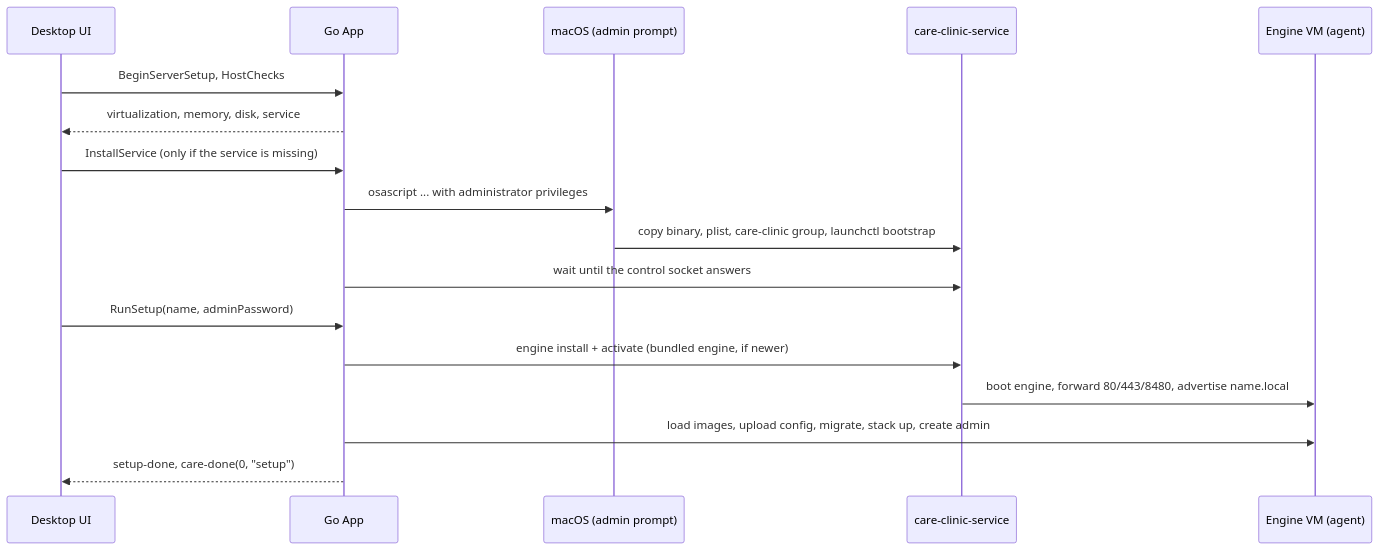
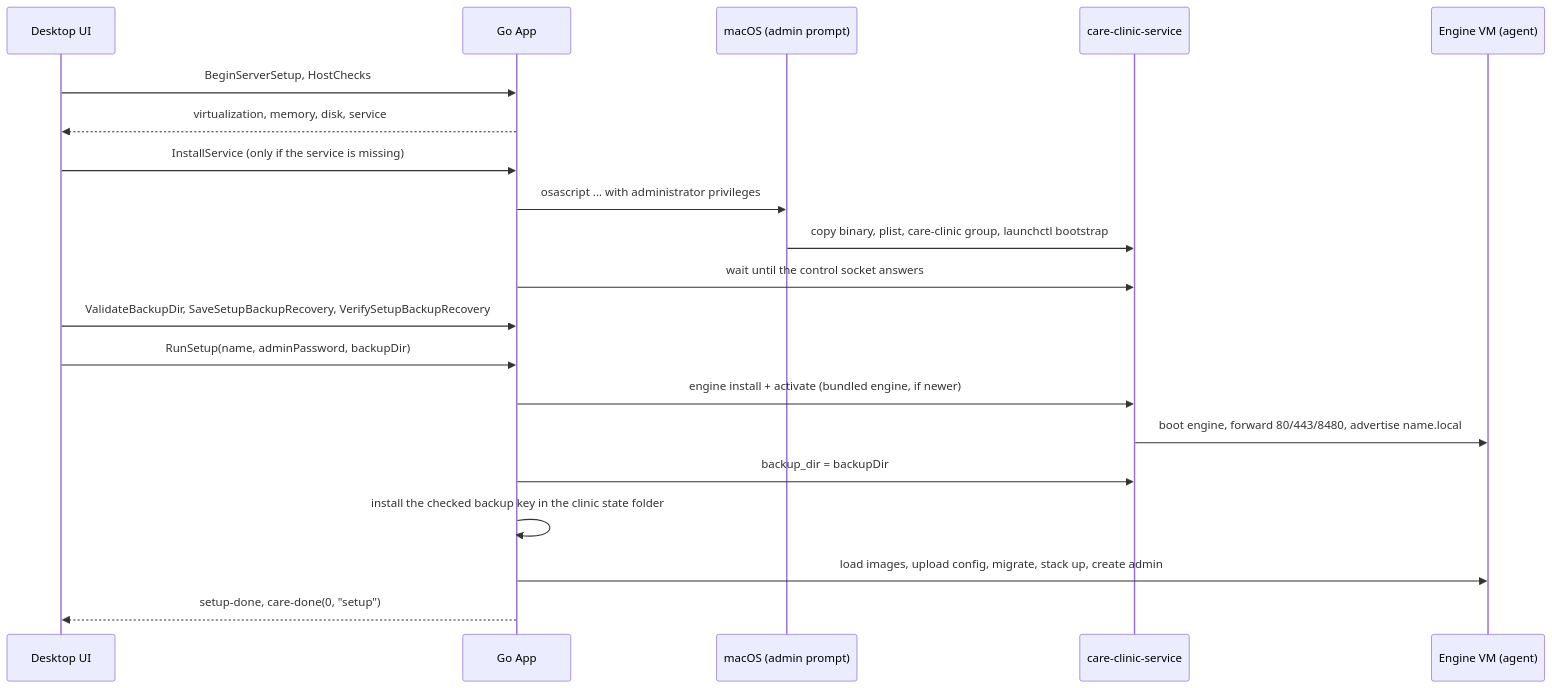
The diagram in docs/onboarding.md (praffq/care_clinic), drawn with Mermaid before and after one commit. The commit also changed other lines of this file and 20 other files, not shown here.

````diff
--- a/docs/onboarding.md
+++ b/docs/onboarding.md
@@ -15,19 +16,22 @@
 ```mermaid
 sequenceDiagram
     participant UI as Desktop UI
     participant App as Go App
     participant OS as macOS (admin prompt)
     participant Svc as care-clinic-service
     participant VM as Engine VM (agent)
     UI->>App: BeginServerSetup, HostChecks
     App-->>UI: virtualization, memory, disk, service
     UI->>App: InstallService (only if the service is missing)
     App->>OS: osascript ... with administrator privileges
     OS->>Svc: copy binary, plist, care-clinic group, launchctl bootstrap
     App->>Svc: wait until the control socket answers
-    UI->>App: RunSetup(name, adminPassword)
+    UI->>App: ValidateBackupDir, SaveSetupBackupRecovery, VerifySetupBackupRecovery
+    UI->>App: RunSetup(name, adminPassword, backupDir)
     App->>Svc: engine install + activate (bundled engine, if newer)
     Svc->>VM: boot engine, forward 80/443/8480, advertise name.local
+    App->>Svc: backup_dir = backupDir
+    App->>App: install the checked backup key in the clinic state folder
     App->>VM: load images, upload config, migrate, stack up, create admin
     App-->>UI: setup-done, care-done(0, "setup")
 ```
````
